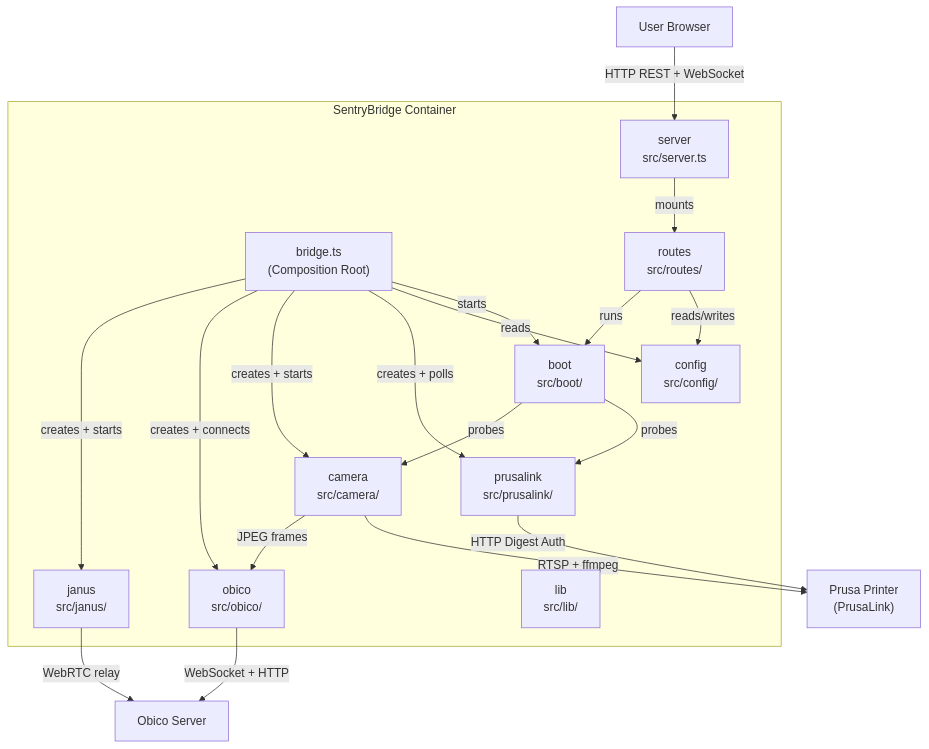
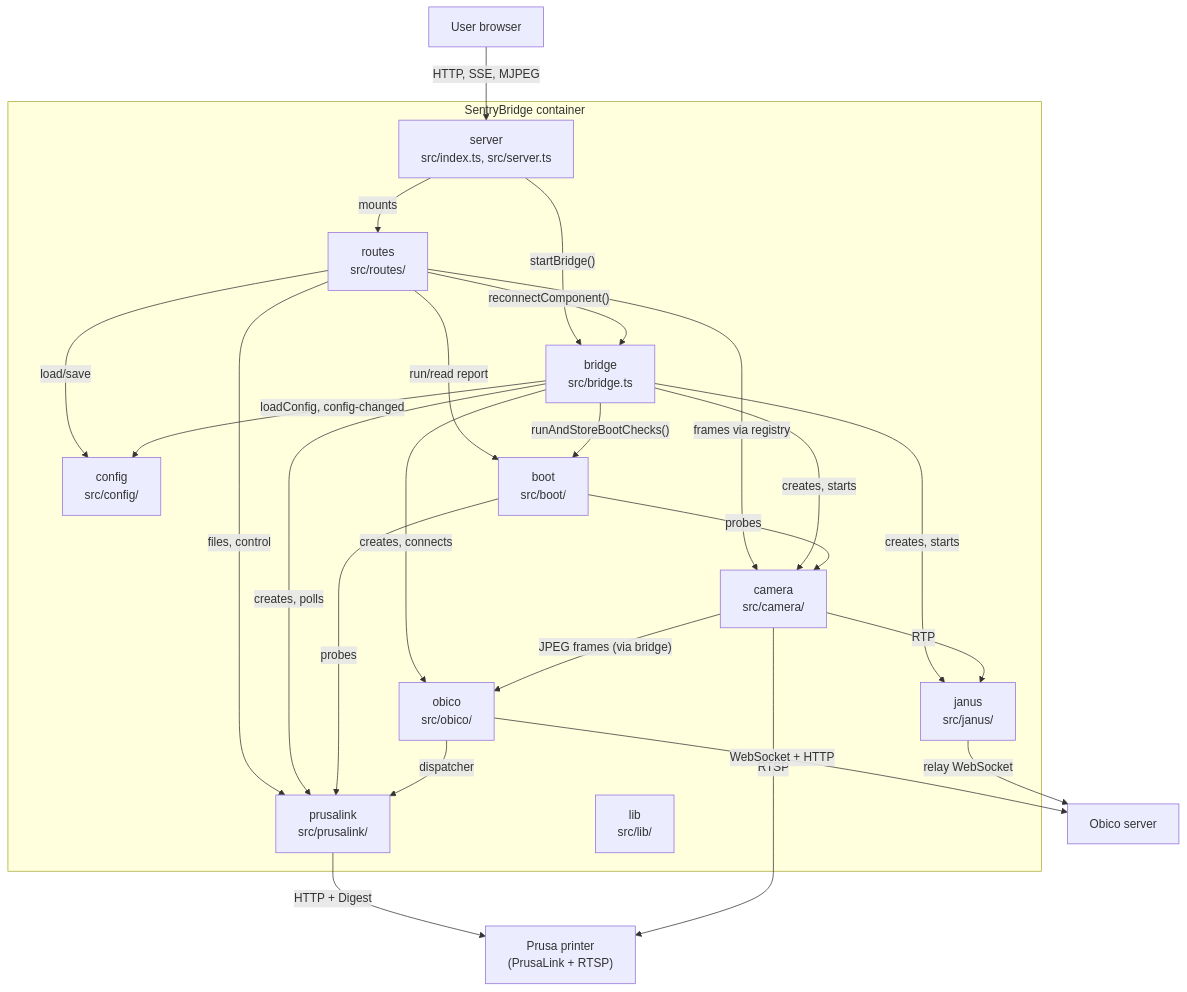
The second of 7 diagrams in docs/architecture/05_building_block_view/README.md (reneleban/sentry-bridge), drawn with Mermaid before and after one commit. The commit also changed other lines of this file and 9 other files, not shown here.

Commit message:
docs(#27): arc42 context, building block levels 0-2 and diagram fixes

````diff
--- a/docs/architecture/05_building_block_view/README.md
+++ b/docs/architecture/05_building_block_view/README.md
@@ -7,37 +36,43 @@
 ```mermaid
 graph TD
-    Browser["User Browser"]
-    Printer["Prusa Printer\n(PrusaLink)"]
-    ObicoServer["Obico Server"]
+    Browser["User browser"]
+    Printer["Prusa printer<br/>(PrusaLink + RTSP)"]
+    ObicoServer["Obico server"]
 
-    subgraph Container["SentryBridge Container"]
-        Bridge["bridge.ts\n(Composition Root)"]
-        Config["config\nsrc/config/"]
-        PrusaLink["prusalink\nsrc/prusalink/"]
-        Camera["camera\nsrc/camera/"]
-        Obico["obico\nsrc/obico/"]
-        Janus["janus\nsrc/janus/"]
-        Server["server\nsrc/server.ts"]
-        Routes["routes\nsrc/routes/"]
-        Boot["boot\nsrc/boot/"]
-        Lib["lib\nsrc/lib/"]
+    subgraph Container["SentryBridge container"]
+        Server["server<br/>src/index.ts, src/server.ts"]
+        Routes["routes<br/>src/routes/"]
+        Bridge["bridge<br/>src/bridge.ts"]
+        Config["config<br/>src/config/"]
+        Boot["boot<br/>src/boot/"]
+        PrusaLink["prusalink<br/>src/prusalink/"]
+        Camera["camera<br/>src/camera/"]
+        Obico["obico<br/>src/obico/"]
+        Janus["janus<br/>src/janus/"]
+        Lib["lib<br/>src/lib/"]
     end
 
-    Browser -- "HTTP REST + WebSocket" --> Server
+    Browser -- "HTTP, SSE, MJPEG" --> Server
     Server -- "mounts" --> Routes
-    Routes -- "reads/writes" --> Config
-    Routes -- "runs" --> Boot
-    Bridge -- "starts" --> Boot
+    Server -- "startBridge()" --> Bridge
+    Routes -- "load/save" --> Config
+    Routes -- "run/read report" --> Boot
+    Routes -- "files, control" --> PrusaLink
+    Routes -- "frames via registry" --> Camera
+    Routes -- "reconnectComponent()" --> Bridge
+    Bridge -- "loadConfig, config-changed" --> Config
+    Bridge -- "creates, polls" --> PrusaLink
+    Bridge -- "creates, starts" --> Camera
+    Bridge -- "creates, connects" --> Obico
+    Bridge -- "creates, starts" --> Janus
+    Bridge -- "runAndStoreBootChecks()" --> Boot
     Boot -- "probes" --> PrusaLink
     Boot -- "probes" --> Camera
-    Bridge -- "reads" --> Config
-    Bridge -- "creates + polls" --> PrusaLink
-    Bridge -- "creates + starts" --> Camera
-    Bridge -- "creates + connects" --> Obico
-    Bridge -- "creates + starts" --> Janus
-    PrusaLink -- "HTTP Digest Auth" --> Printer
-    Camera -- "RTSP + ffmpeg" --> Printer
+    Obico -- "dispatcher" --> PrusaLink
+    Camera -- "JPEG frames (via bridge)" --> Obico
+    Camera -- "RTP" --> Janus
+    PrusaLink -- "HTTP + Digest" --> Printer
+    Camera -- "RTSP" --> Printer
     Obico -- "WebSocket + HTTP" --> ObicoServer
-    Janus -- "WebRTC relay" --> ObicoServer
-    Camera -- "JPEG frames" --> Obico
+    Janus -- "relay WebSocket" --> ObicoServer
 ```
````
